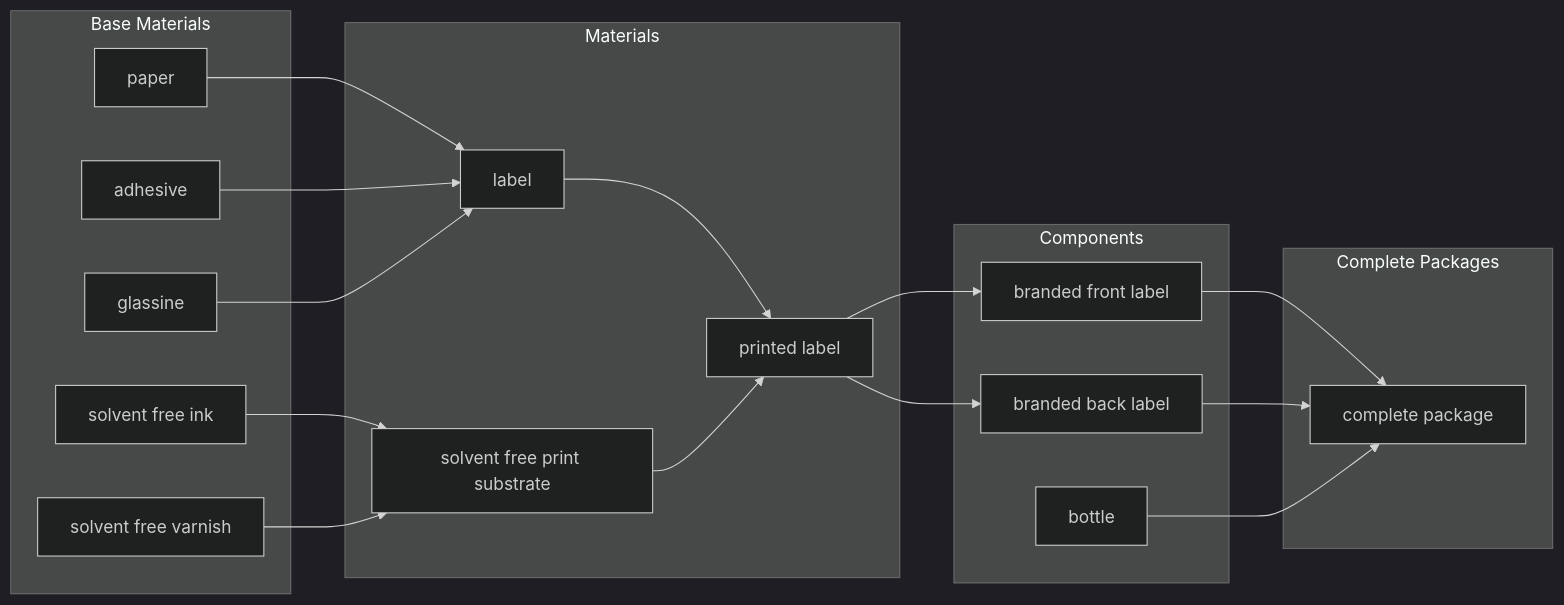
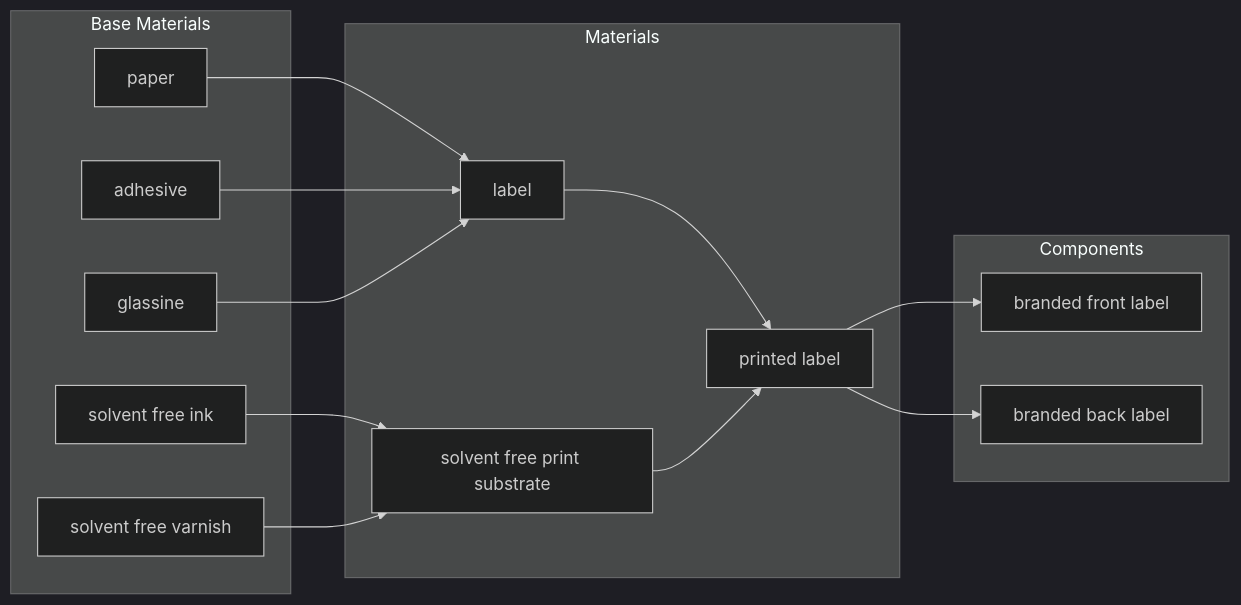
The sixth of 9 diagrams in docs/1_Start_Here/1_3_Data_Flow.md (OpenDataManchester/Open3P), drawn with Mermaid (dark theme) before and after one commit. The commit also changed other lines of this file, not shown here.

Commit message:
Tweaks to data flow

````diff
--- a/docs/1_Start_Here/1_3_Data_Flow.md
+++ b/docs/1_Start_Here/1_3_Data_Flow.md
@@ -185,35 +179,28 @@
 ``` mermaid
 flowchart LR
     subgraph baseMaterials[Base Materials]
         bm_paper[paper]
         bm_adhesive[adhesive]
         bm_glassine[glassine]
         bm_ink[solvent free ink]
         bm_varnish[solvent free varnish]
     end
     subgraph materials[Materials]
         ma_label[label]
         ma_coating[solvent free print substrate]
         ma_label2[printed label]
     end
     subgraph components[Components]
         co_topLabel[branded front label]
         co_bottomLabel[branded back label]
-        co_example[bottle]
-    end
-    subgraph completePackages[Complete Packages]
-        cp_example[complete package]
     end
     bm_paper --> ma_label
     bm_adhesive --> ma_label
     bm_glassine --> ma_label
     bm_ink --> ma_coating
     bm_varnish --> ma_coating
     ma_label --> ma_label2
     ma_coating --> ma_label2
     ma_label2 --> co_topLabel
     ma_label2 --> co_bottomLabel
-    co_topLabel --> cp_example
-    co_bottomLabel --> cp_example
-    co_example --> cp_example
 ```
````
